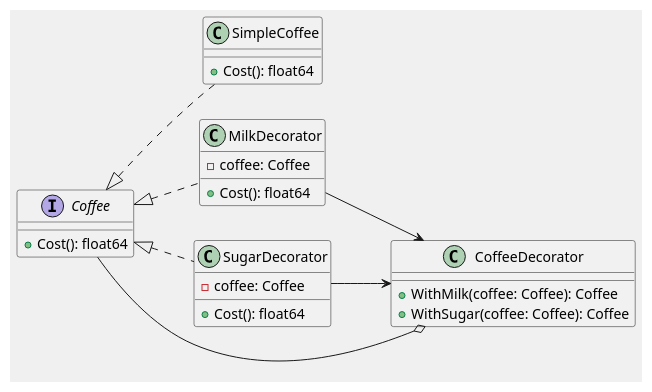
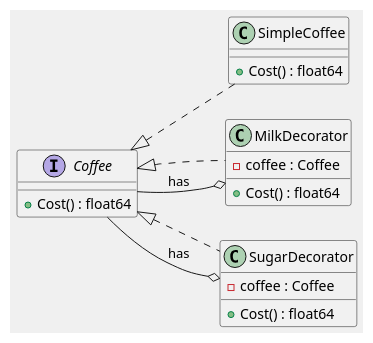
The diagram in Decorator/README.md (luyang93/Dive-Into-Design-Patterns), drawn with PlantUML before and after one commit. The commit also changed 3 other files, not shown here.

````diff
--- a/Decorator/README.md
+++ b/Decorator/README.md
@@ -1,34 +1,29 @@
 ```plantuml
 left to right direction
 skinparam backgroundColor #F0F0F0
 
 interface Coffee {
-    +Cost(): float64
+  +Cost() : float64
 }
 
 class SimpleCoffee {
-    +Cost(): float64
-}
-
-class CoffeeDecorator {
-    +WithMilk(coffee: Coffee): Coffee
-    +WithSugar(coffee: Coffee): Coffee
+  +Cost() : float64
 }
 
 class MilkDecorator {
-    -coffee: Coffee
-    +Cost(): float64
+  -coffee : Coffee
+  +Cost() : float64
 }
 
 class SugarDecorator {
-    -coffee: Coffee
-    +Cost(): float64
+  -coffee : Coffee
+  +Cost() : float64
 }
 
 Coffee <|.. SimpleCoffee
 Coffee <|.. MilkDecorator
 Coffee <|.. SugarDecorator
-CoffeeDecorator o-- Coffee
-MilkDecorator --> CoffeeDecorator
-SugarDecorator --> CoffeeDecorator
+
+MilkDecorator o-- Coffee: has
+SugarDecorator o-- Coffee: has
 ```
````
